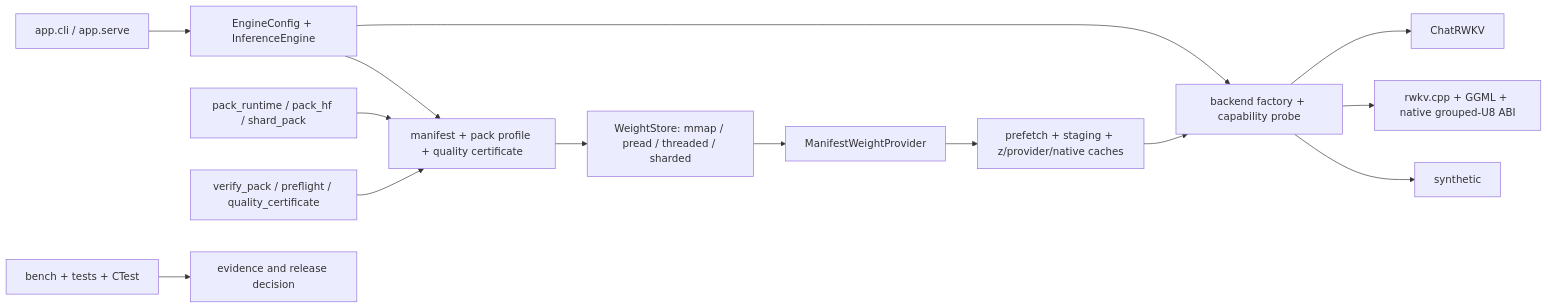
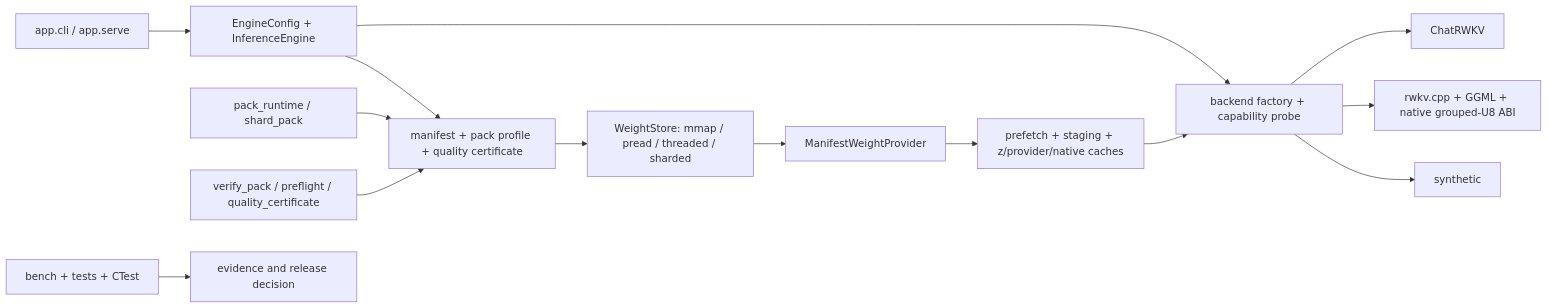
One commit to Kaboomlolxd/SSD-RWKV-engine changed the diagram in docs/REPOSITORY_AUDIT.md. Above: the diagram before and after it, drawn with Mermaid. The commit also changed other lines of this file and 40 other files, not shown here.

Commit message:
Remove obsolete sequence model implementations

````diff
--- a/docs/REPOSITORY_AUDIT.md
+++ b/docs/REPOSITORY_AUDIT.md
@@ -55,16 +54,16 @@
 ```mermaid
 flowchart LR
     A["app.cli / app.serve"] --> B["EngineConfig + InferenceEngine"]
     B --> C["backend factory + capability probe"]
     B --> D["manifest + pack profile + quality certificate"]
     D --> E["WeightStore: mmap / pread / threaded / sharded"]
     E --> F["ManifestWeightProvider"]
     F --> G["prefetch + staging + z/provider/native caches"]
     G --> C
-    H["pack_runtime / pack_hf / shard_pack"] --> D
+    H["pack_runtime / shard_pack"] --> D
     I["verify_pack / preflight / quality_certificate"] --> D
     C --> J["ChatRWKV"]
     C --> K["rwkv.cpp + GGML + native grouped-U8 ABI"]
     C --> L["synthetic"]
     M["bench + tests + CTest"] --> N["evidence and release decision"]
 ```
````
